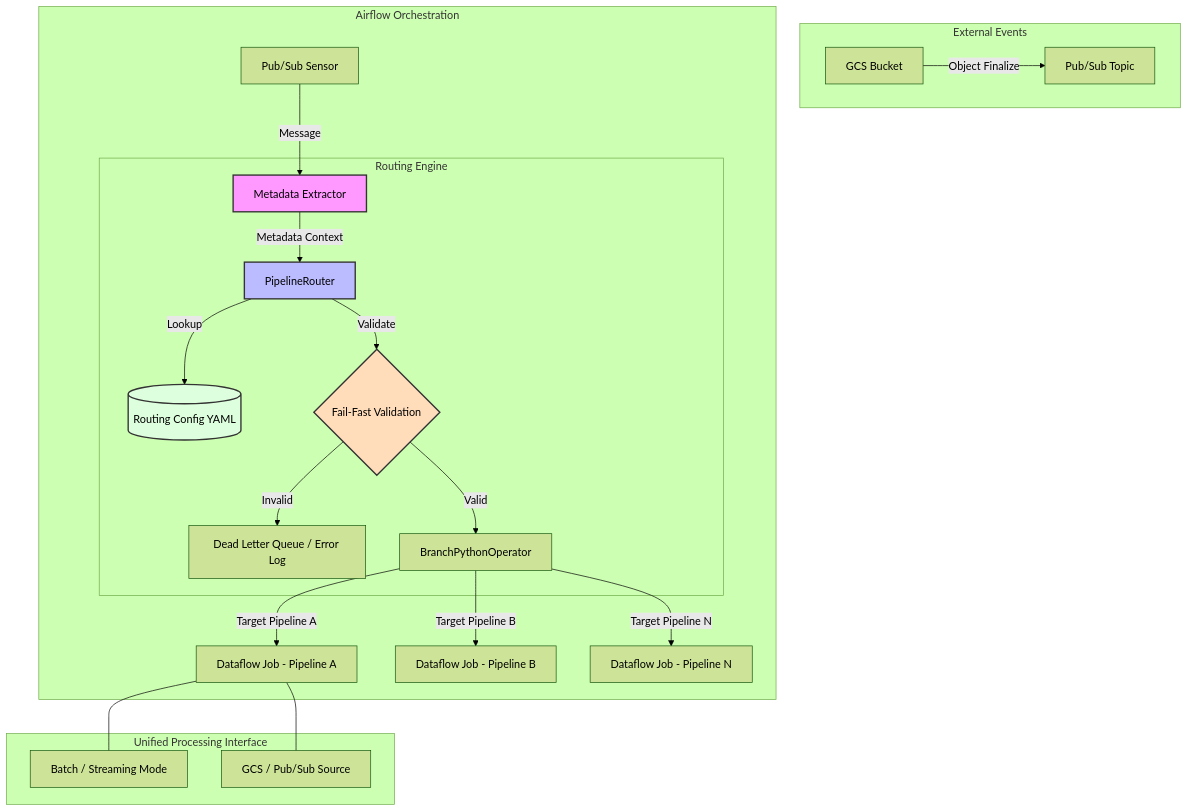
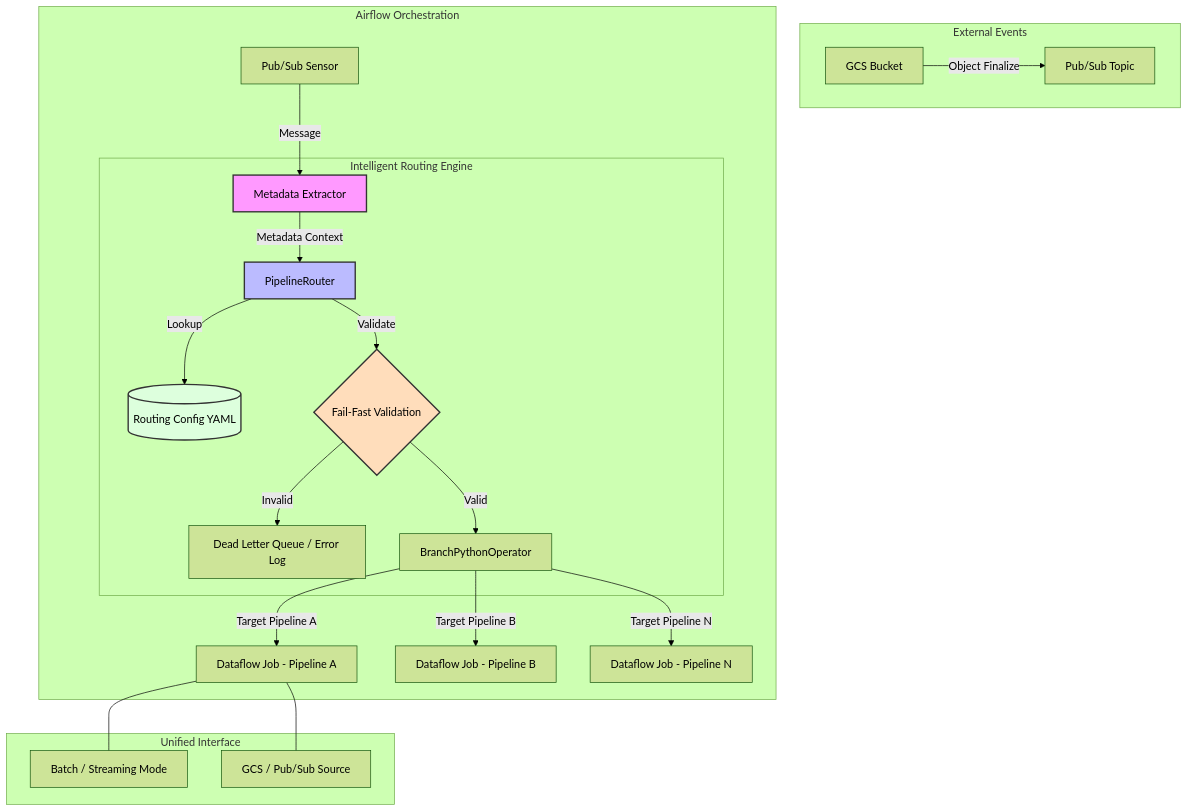
One commit to enrichmeai/culvert changed the diagram in tickets/TICKET_DESCRIPTION_INTELLIGENT_ROUTING.md. Above: the diagram before and after it, drawn with Mermaid (forest theme). The commit also changed other lines of this file and 5 other files, not shown here.

````diff
--- a/tickets/TICKET_DESCRIPTION_INTELLIGENT_ROUTING.md
+++ b/tickets/TICKET_DESCRIPTION_INTELLIGENT_ROUTING.md
@@ -34,32 +39,32 @@
 ```mermaid
 graph TD
     subgraph "External Events"
         GCS[GCS Bucket] -->|Object Finalize| PubSub[Pub/Sub Topic]
     end
 
     subgraph "Airflow Orchestration"
         Sensor[Pub/Sub Sensor] -->|Message| Extractor[Metadata Extractor]
         
-        subgraph "Routing Engine"
+        subgraph "Intelligent Routing Engine"
             Extractor -->|Metadata Context| Router[PipelineRouter]
             Router -->|Lookup| Config[(Routing Config YAML)]
             Router -->|Validate| FailFast{Fail-Fast Validation}
             FailFast -->|Invalid| Sink[Dead Letter Queue / Error Log]
             FailFast -->|Valid| Branch[BranchPythonOperator]
         end
         
         Branch -->|Target Pipeline A| JobA[Dataflow Job - Pipeline A]
         Branch -->|Target Pipeline B| JobB[Dataflow Job - Pipeline B]
         Branch -->|Target Pipeline N| JobN[Dataflow Job - Pipeline N]
     end
 
-    subgraph "Unified Processing Interface"
+    subgraph "Unified Interface"
         JobA --- Mode[Batch / Streaming Mode]
         JobA --- Source[GCS / Pub/Sub Source]
     end
 
     style Extractor fill:#f9f,stroke:#333,stroke-width:2px
     style Router fill:#bbf,stroke:#333,stroke-width:2px
     style Config fill:#dfd,stroke:#333,stroke-width:2px
     style FailFast fill:#fdb,stroke:#333,stroke-width:2px
 ```
````
